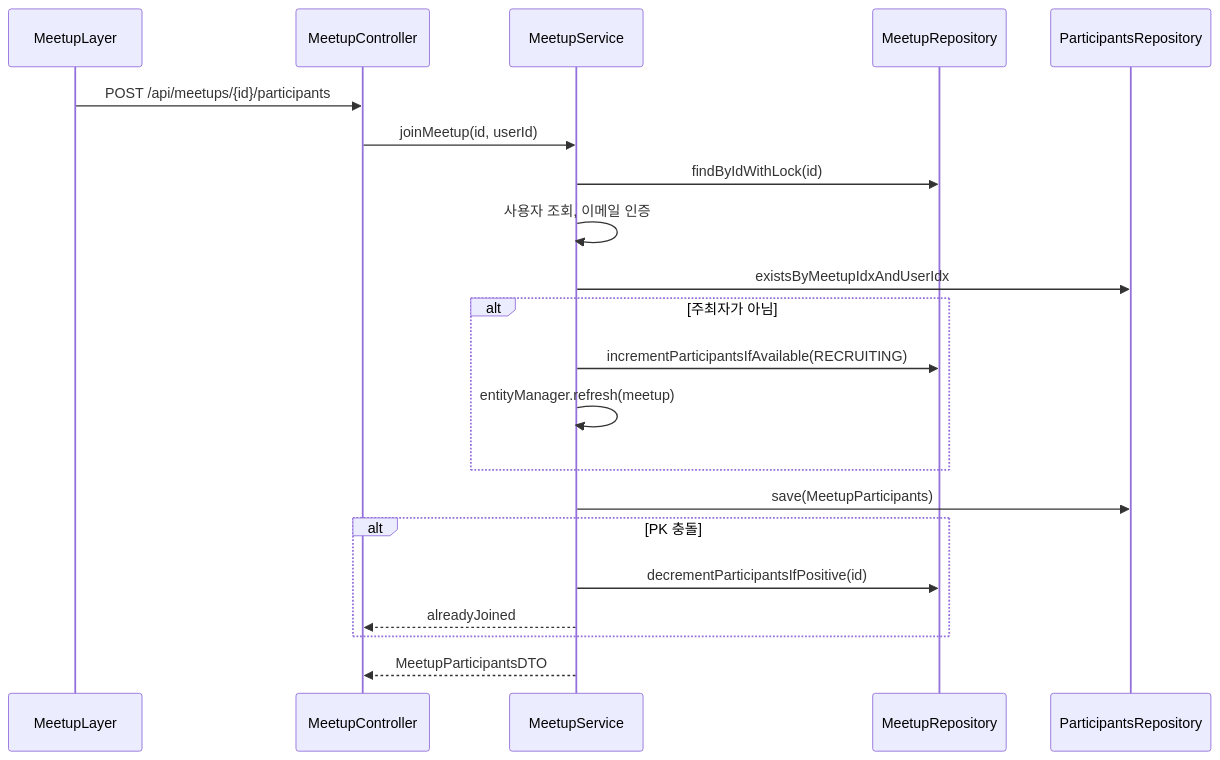
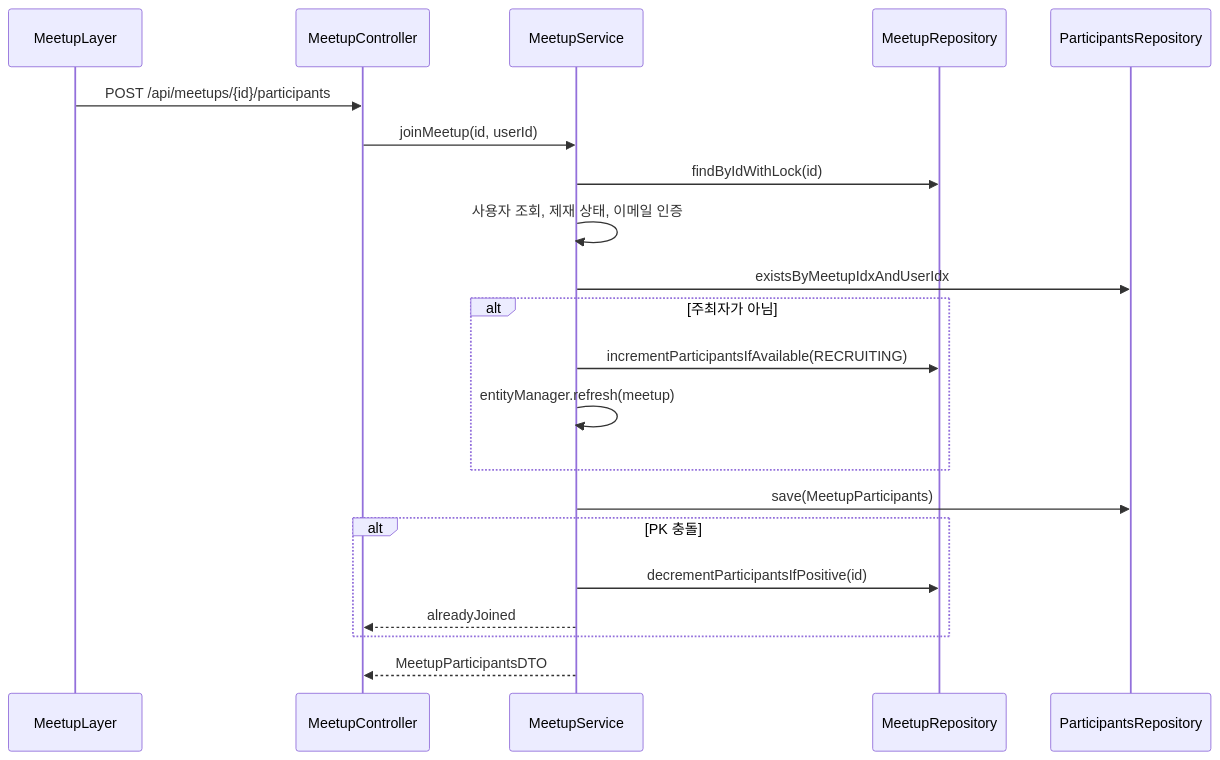
The third of 6 diagrams in docs/architecture/meetup/산책 & 오프라인 모임 아키텍처.md (makkong1/Petory), drawn with Mermaid before and after one commit. The commit also changed other lines of this file and 31 other files, not shown here.

````diff
--- a/docs/architecture/meetup/산책 & 오프라인 모임 아키텍처.md
+++ b/docs/architecture/meetup/산책 & 오프라인 모임 아키텍처.md
@@ -165,24 +166,24 @@
 ```mermaid
 sequenceDiagram
     participant FE as MeetupLayer
     participant API as MeetupController
     participant S as MeetupService
     participant R as MeetupRepository
     participant P as ParticipantsRepository
 
     FE->>API: POST /api/meetups/{id}/participants
     API->>S: joinMeetup(id, userId)
     S->>R: findByIdWithLock(id)
-    S->>S: 사용자 조회, 이메일 인증
+    S->>S: 사용자 조회, 제재 상태, 이메일 인증
     S->>P: existsByMeetupIdxAndUserIdx
     alt 주최자가 아님
         S->>R: incrementParticipantsIfAvailable(RECRUITING)
         S->>S: entityManager.refresh(meetup)
     end
     S->>P: save(MeetupParticipants)
     alt PK 충돌
         S->>R: decrementParticipantsIfPositive(id)
         S-->>API: alreadyJoined
     end
     S-->>API: MeetupParticipantsDTO
 ```
````
